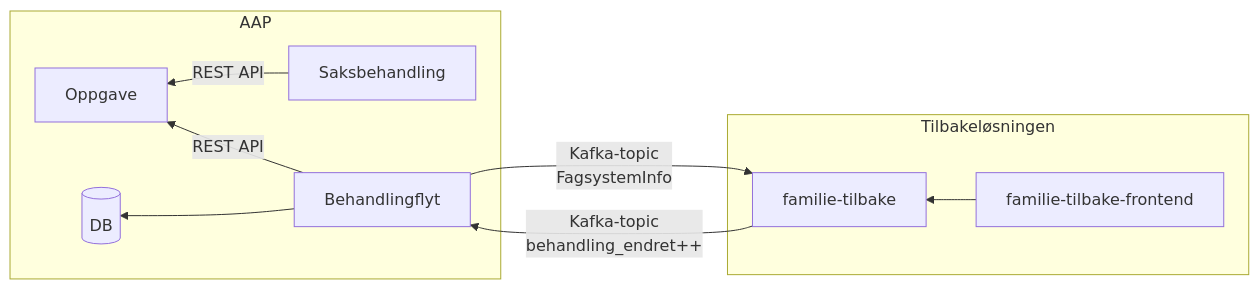
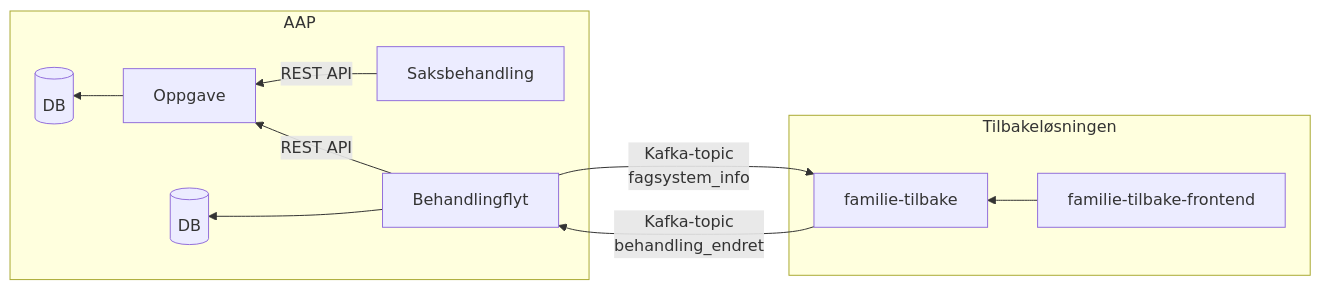
Before and after one commit to navikt/aap-intern-sysdok: the first of 3 diagrams in docs/funksjonalitet/14_Utbetal/tilbakekreving.md, drawn with Mermaid. The commit also changed other lines of this file and 2 other files, not shown here.

````diff
--- a/docs/funksjonalitet/14_Utbetal/tilbakekreving.md
+++ b/docs/funksjonalitet/14_Utbetal/tilbakekreving.md
@@ -7,16 +18,17 @@
 ```mermaid
 flowchart RL
 
     subgraph Tilbakeløsningen
         TilbakeUI[familie-tilbake-frontend] --> Tilbake[familie-tilbake]
     end
 
     subgraph AAP
         Behandlingflyt -->|REST API| Oppgave
         Saksbehandling -->|REST API| Oppgave
-        Behandlingflyt --> DB[(DB)]
+        Behandlingflyt --> Behandlingsflyt-DB[(DB)]
+        Oppgave --> Oppgave-DB[(DB)]
     end
 
-    Tilbake --> |Kafka-topic<br>behandling_endret++| Behandlingflyt
-    Behandlingflyt -->  |Kafka-topic<br>FagsystemInfo| Tilbake
+    Tilbake --> |Kafka-topic<br>behandling_endret| Behandlingflyt
+    Behandlingflyt -->  |Kafka-topic<br>fagsystem_info| Tilbake
 ```
````
